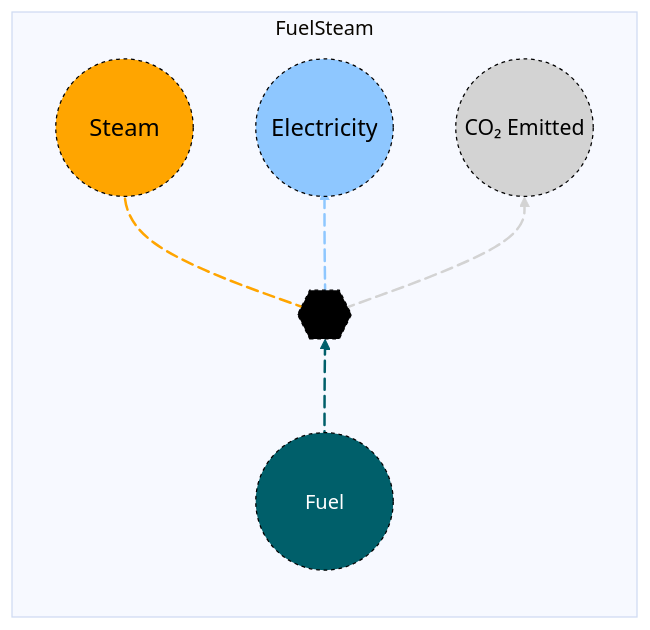
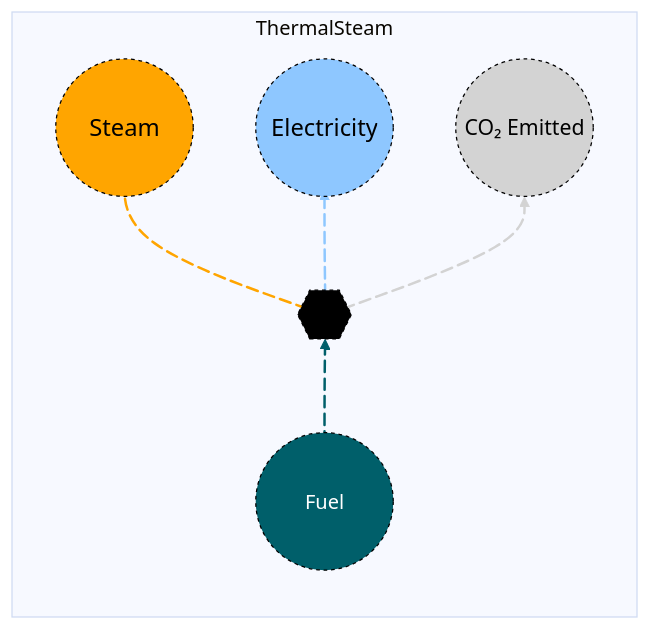
Diagram 20 of 21 in docs/src/Manual/Assets.md (acheng1757/MacroEnergy-Abbie.jl), drawn with Mermaid before and after one commit. The commit also changed other lines of this file and 10 other files, not shown here.

````diff
--- a/docs/src/Manual/Assets.md
+++ b/docs/src/Manual/Assets.md
@@ -525,26 +525,26 @@
 ```mermaid
 %%{init: {'theme': 'base', 'themeVariables': { 'background': '#D1EBDE' }}}%%
 flowchart LR
-  subgraph FuelSteam
+  subgraph ThermalSteam
   direction BT
   A((Fuel)) e1@ --> B{{..}}
   B e2@ --> C((Steam))
   B e3@ --> D((Electricity))
   B e4@ --> E((CO₂ Emitted))
   e1@{animate: true}
   e2@{animate: true}
   e3@{animate: true}
   e4@{animate: true}
  end
     style A r:55px,fill:#005F6A,stroke:black,color:white,stroke-dasharray: 3,5;
     style B r:55px,fill:black,stroke:black,color:black,stroke-dasharray: 3,5;
     style C font-size:19px,r:55px,fill:#FFA500,stroke:black,color:black,stroke-dasharray: 3,5;
     style D font-size:19px,r:55px,fill:#8EC7FF,stroke:black,color:black,stroke-dasharray: 3,5;
     style E font-size:17px,r:55px,fill:lightgray,stroke:black,color:black,stroke-dasharray: 3,5;
 
   linkStyle 0 stroke:#005F6A, stroke-width: 2px;
   linkStyle 1 stroke:#FFA500, stroke-width: 2px;
   linkStyle 2 stroke:#8EC7FF, stroke-width: 2px;
   linkStyle 3 stroke:lightgray, stroke-width: 2px;
 
 ```
````
